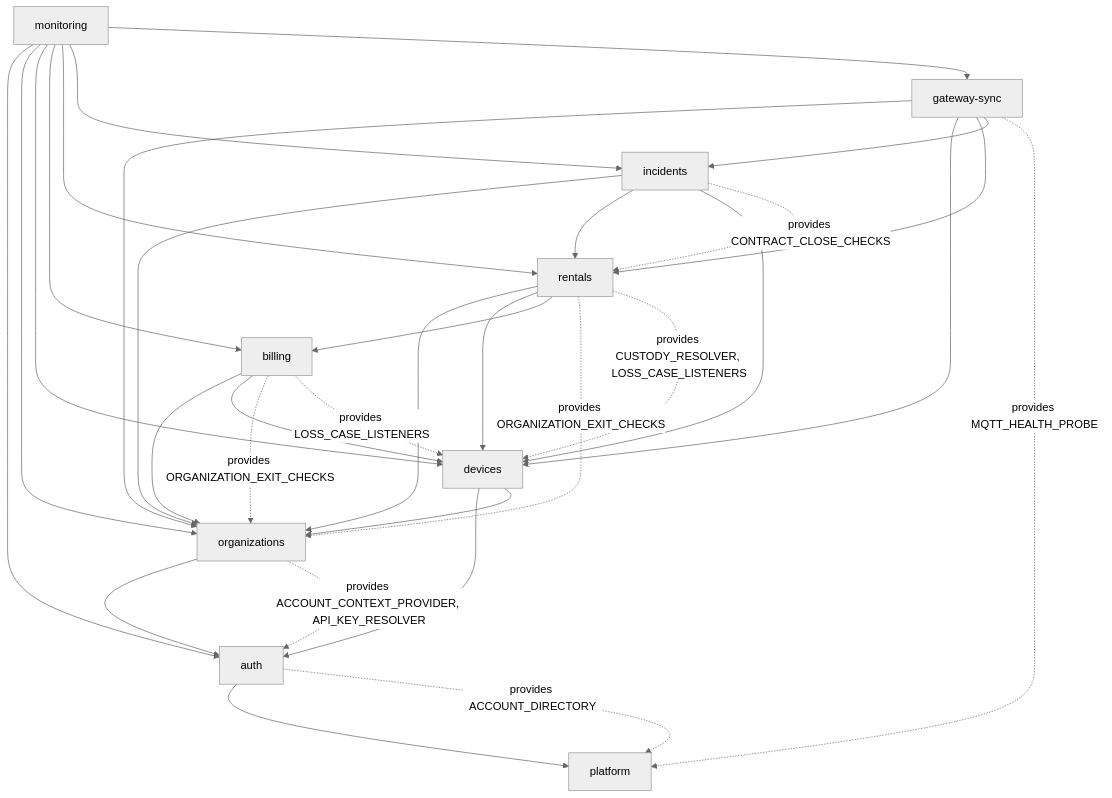
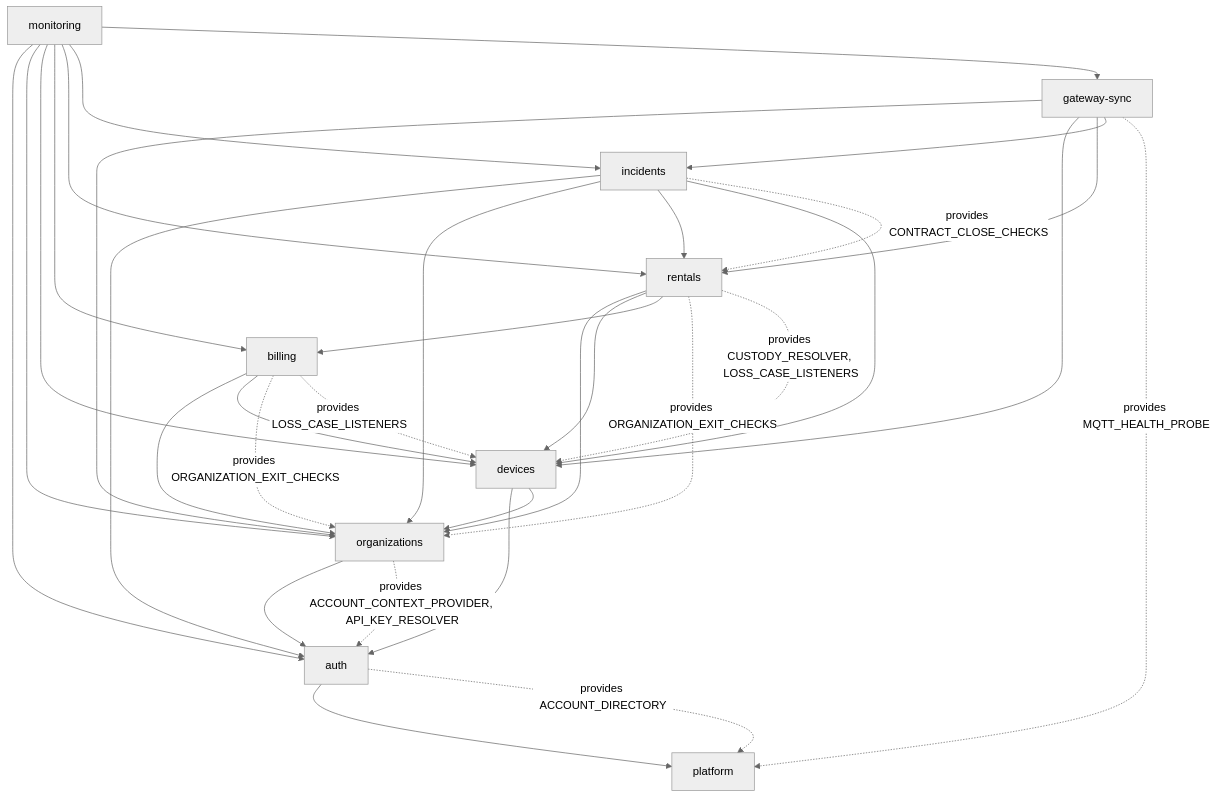
Before and after one commit to TrekLink-Team/treklink-web: the third of 7 diagrams in specs/platform/design.md, drawn with Mermaid (neutral theme). The commit also changed 11 other files, not shown here.

````diff
--- a/specs/platform/design.md
+++ b/specs/platform/design.md
@@ -109,43 +109,44 @@
 ```mermaid
 flowchart TB
     PLT["platform"]
     AUTH["auth"]
     ORG["organizations"]
     DEVS["devices"]
     BILL["billing"]
     RENT["rentals"]
     INC["incidents"]
     GWS["gateway-sync"]
     MON["monitoring"]
     AUTH --> PLT
     ORG --> AUTH
     DEVS --> AUTH
     DEVS --> ORG
     BILL --> ORG
     BILL --> DEVS
     RENT --> ORG
     RENT --> DEVS
     RENT --> BILL
+    INC --> AUTH
     INC --> ORG
     INC --> RENT
     INC --> DEVS
     GWS --> ORG
     GWS --> DEVS
     GWS --> RENT
     GWS --> INC
     MON --> AUTH
     MON --> ORG
     MON --> DEVS
     MON --> BILL
     MON --> RENT
     MON --> INC
     MON --> GWS
     ORG -.->|"provides ACCOUNT_CONTEXT_PROVIDER, API_KEY_RESOLVER"| AUTH
     BILL -.->|"provides ORGANIZATION_EXIT_CHECKS"| ORG
     RENT -.->|"provides ORGANIZATION_EXIT_CHECKS"| ORG
     INC -.->|"provides CONTRACT_CLOSE_CHECKS"| RENT
     RENT -.->|"provides CUSTODY_RESOLVER, LOSS_CASE_LISTENERS"| DEVS
     BILL -.->|"provides LOSS_CASE_LISTENERS"| DEVS
     GWS -.->|"provides MQTT_HEALTH_PROBE"| PLT
     AUTH -.->|"provides ACCOUNT_DIRECTORY"| PLT
 ```
````
